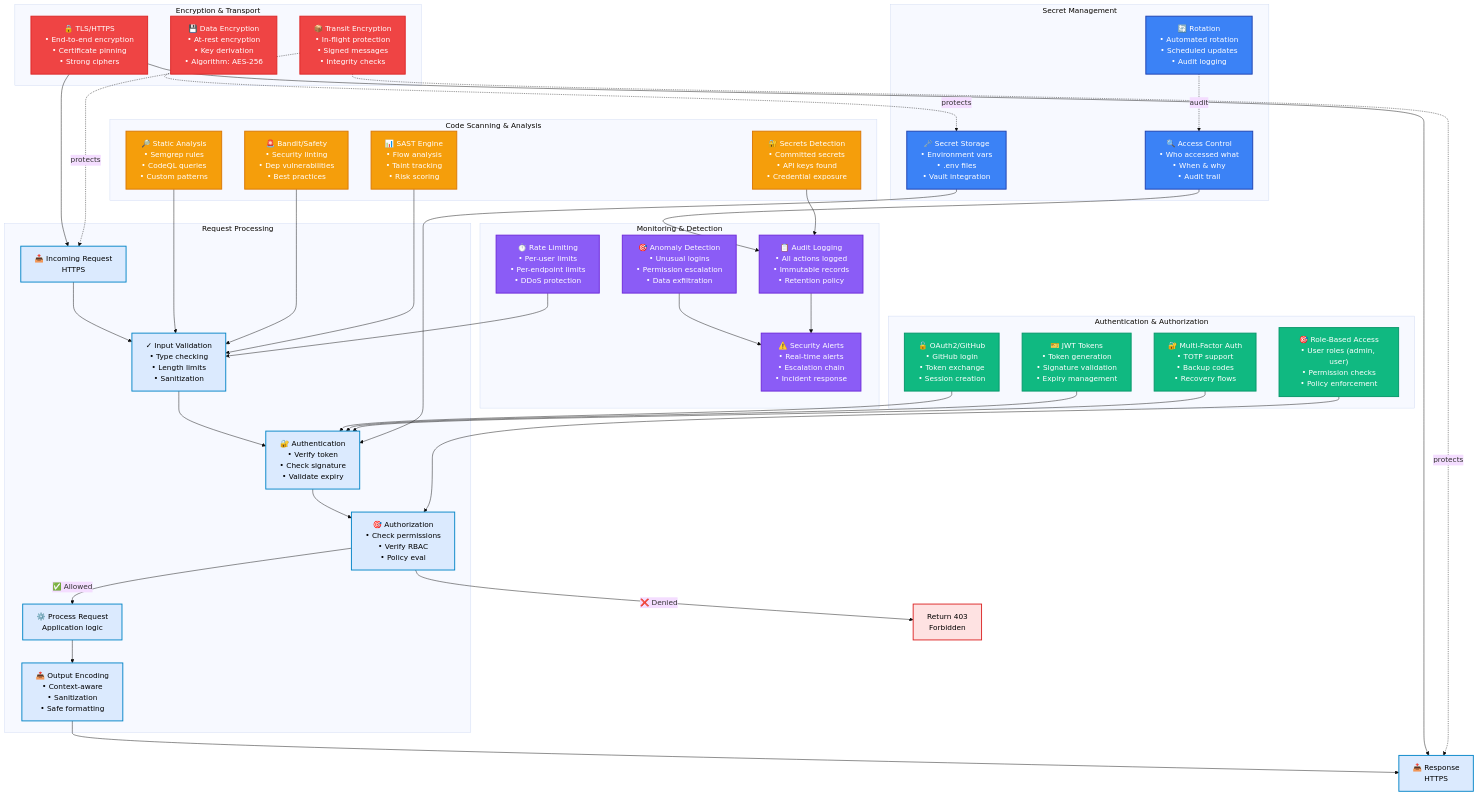
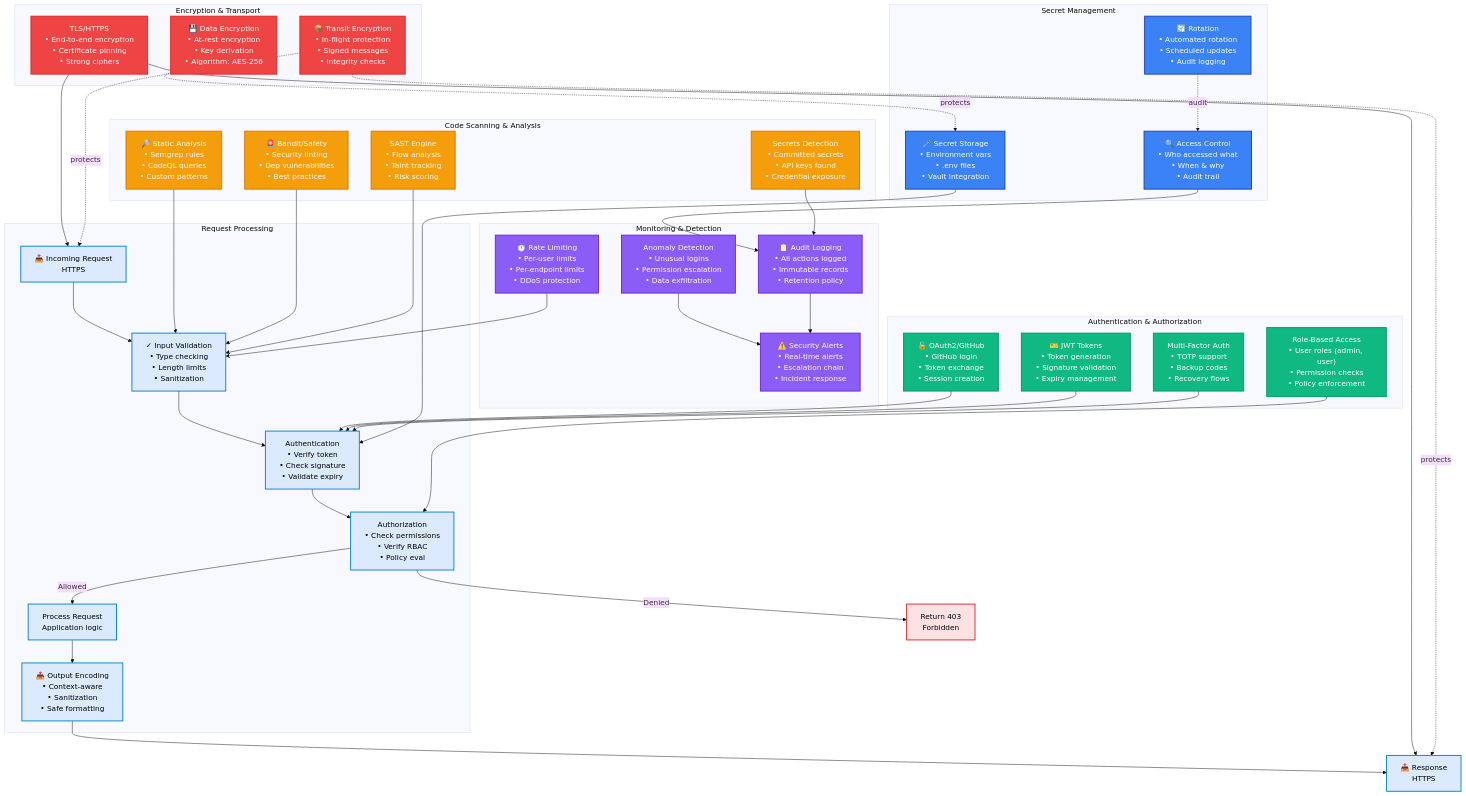
Before and after one commit to Aries-Serpent/_codex_: the first of 2 diagrams in docs/security/SECURITY_ARCHITECTURE.md, drawn with Mermaid. The commit also changed other lines of this file and 2029 other files, not shown here.

```diff
--- a/docs/security/SECURITY_ARCHITECTURE.md
+++ b/docs/security/SECURITY_ARCHITECTURE.md
@@ -15,8 +17,8 @@
     subgraph "Authentication & Authorization"
         OAuth["🔓 OAuth2/GitHub<br/>• GitHub login<br/>• Token exchange<br/>• Session creation"]
         JWT["🎫 JWT Tokens<br/>• Token generation<br/>• Signature validation<br/>• Expiry management"]
-        MFA["🔐 Multi-Factor Auth<br/>• TOTP support<br/>• Backup codes<br/>• Recovery flows"]
-        RBAC["🎯 Role-Based Access<br/>• User roles (admin, user)<br/>• Permission checks<br/>• Policy enforcement"]
+        MFA[" Multi-Factor Auth<br/>• TOTP support<br/>• Backup codes<br/>• Recovery flows"]
+        RBAC[" Role-Based Access<br/>• User roles (admin, user)<br/>• Permission checks<br/>• Policy enforcement"]
     end
 
     subgraph "Secret Management"
@@ -28,18 +30,18 @@
     subgraph "Code Scanning & Analysis"
         Static["🔎 Static Analysis<br/>• Semgrep rules<br/>• CodeQL queries<br/>• Custom patterns"]
         Bandit["🚨 Bandit/Safety<br/>• Security linting<br/>• Dep vulnerabilities<br/>• Best practices"]
-        SAST["📊 SAST Engine<br/>• Flow analysis<br/>• Taint tracking<br/>• Risk scoring"]
-        Secrets["🔐 Secrets Detection<br/>• Committed secrets<br/>• API keys found<br/>• Credential exposure"]
+        SAST[" SAST Engine<br/>• Flow analysis<br/>• Taint tracking<br/>• Risk scoring"]
+        Secrets[" Secrets Detection<br/>• Committed secrets<br/>• API keys found<br/>• Credential exposure"]
     end
 
     subgraph "Encryption & Transport"
-        TLS["🔒 TLS/HTTPS<br/>• End-to-end encryption<br/>• Certificate pinning<br/>• Strong ciphers"]
+        TLS[" TLS/HTTPS<br/>• End-to-end encryption<br/>• Certificate pinning<br/>• Strong ciphers"]
         DataEnc["💾 Data Encryption<br/>• At-rest encryption<br/>• Key derivation<br/>• Algorithm: AES-256"]
         Transit["📦 Transit Encryption<br/>• In-flight protection<br/>• Signed messages<br/>• Integrity checks"]
     end
 
     subgraph "Monitoring & Detection"
-        AnomalyDetect["🎯 Anomaly Detection<br/>• Unusual logins<br/>• Permission escalation<br/>• Data exfiltration"]
+        AnomalyDetect[" Anomaly Detection<br/>• Unusual logins<br/>• Permission escalation<br/>• Data exfiltration"]
         RateLimit["⏱️ Rate Limiting<br/>• Per-user limits<br/>• Per-endpoint limits<br/>• DDoS protection"]
         AuditLog["📋 Audit Logging<br/>• All actions logged<br/>• Immutable records<br/>• Retention policy"]
         Alerts["⚠️ Security Alerts<br/>• Real-time alerts<br/>• Escalation chain<br/>• Incident response"]
@@ -48,9 +50,9 @@
     subgraph "Request Processing"
         Incoming["📥 Incoming Request<br/>HTTPS"]
         Input["✓ Input Validation<br/>• Type checking<br/>• Length limits<br/>• Sanitization"]
-        Auth["🔐 Authentication<br/>• Verify token<br/>• Check signature<br/>• Validate expiry"]
-        AuthZ["🎯 Authorization<br/>• Check permissions<br/>• Verify RBAC<br/>• Policy eval"]
-        Process["⚙️ Process Request<br/>Application logic"]
+        Auth[" Authentication<br/>• Verify token<br/>• Check signature<br/>• Validate expiry"]
+        AuthZ[" Authorization<br/>• Check permissions<br/>• Verify RBAC<br/>• Policy eval"]
+        Process[" Process Request<br/>Application logic"]
         Output["📤 Output Encoding<br/>• Context-aware<br/>• Sanitization<br/>• Safe formatting"]
     end
 
@@ -58,8 +60,8 @@
     Incoming --> Input
     Input --> Auth
     Auth --> AuthZ
-    AuthZ -->|"✅ Allowed"| Process
-    AuthZ -->|"❌ Denied"| Denied["Return 403<br/>Forbidden"]
+    AuthZ -->|" Allowed"| Process
+    AuthZ -->|" Denied"| Denied["Return 403<br/>Forbidden"]
     Process --> Output
     Output --> Response["📥 Response<br/>HTTPS"]
 
```
